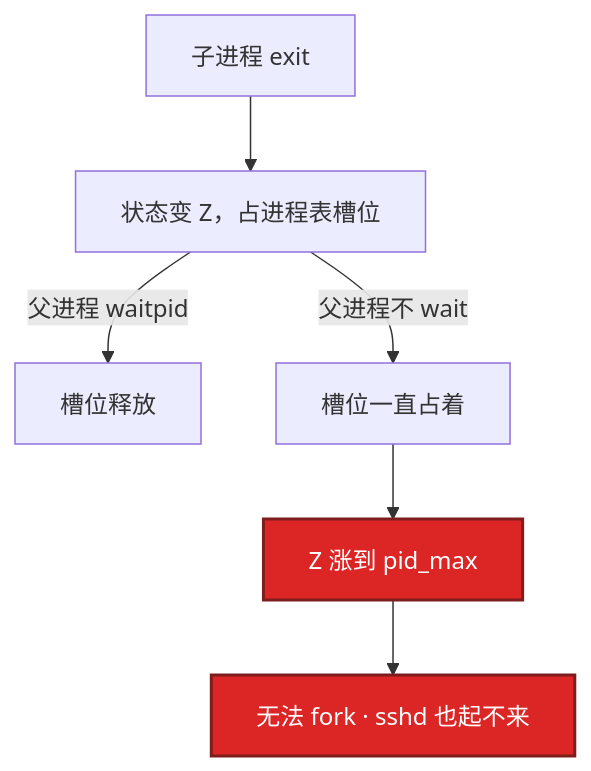
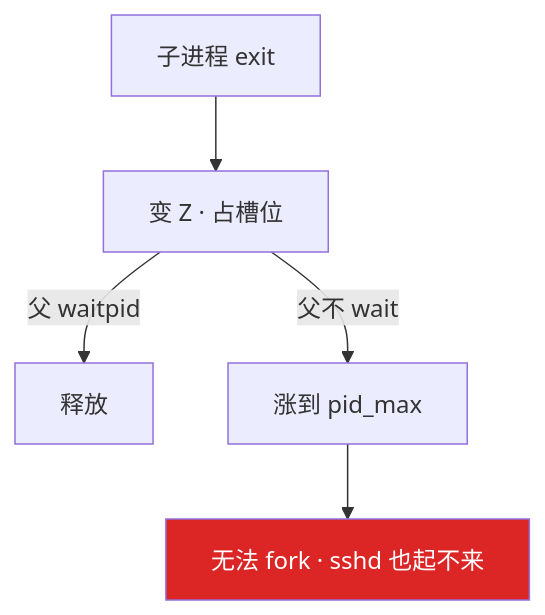
One commit to ml-cuizijun/LearnToLilith changed the sixth of 8 diagrams in 02-基础底座/02-进程与信号/知识点.md. Above: the diagram before and after it, drawn with Mermaid. The commit also changed other lines of this file and 213 other files, not shown here.

````diff
--- a/02-基础底座/02-进程与信号/知识点.md
+++ b/02-基础底座/02-进程与信号/知识点.md
@@ -244,11 +212,10 @@
 ```mermaid
 flowchart TB
-    A[子进程 exit] --> B[状态变 Z，占进程表槽位]
-    B -->|父进程 waitpid| C[槽位释放]
-    B -->|父进程不 wait| D[槽位一直占着]
-    D --> E[Z 涨到 pid_max]
-    E --> F[无法 fork · sshd 也起不来]
+    A[子进程 exit] --> B[变 Z · 占槽位]
+    B -->|父 waitpid| C[释放]
+    B -->|父不 wait| D[涨到 pid_max]
+    D --> E[无法 fork · sshd 也起不来]
 
-    classDef bad fill:#DC2626,stroke:#7F1D1D,stroke-width:2px,color:#fff
-    class E,F bad
+    classDef bad fill:#DC2626,color:#fff
+    class E bad
 ```
````
